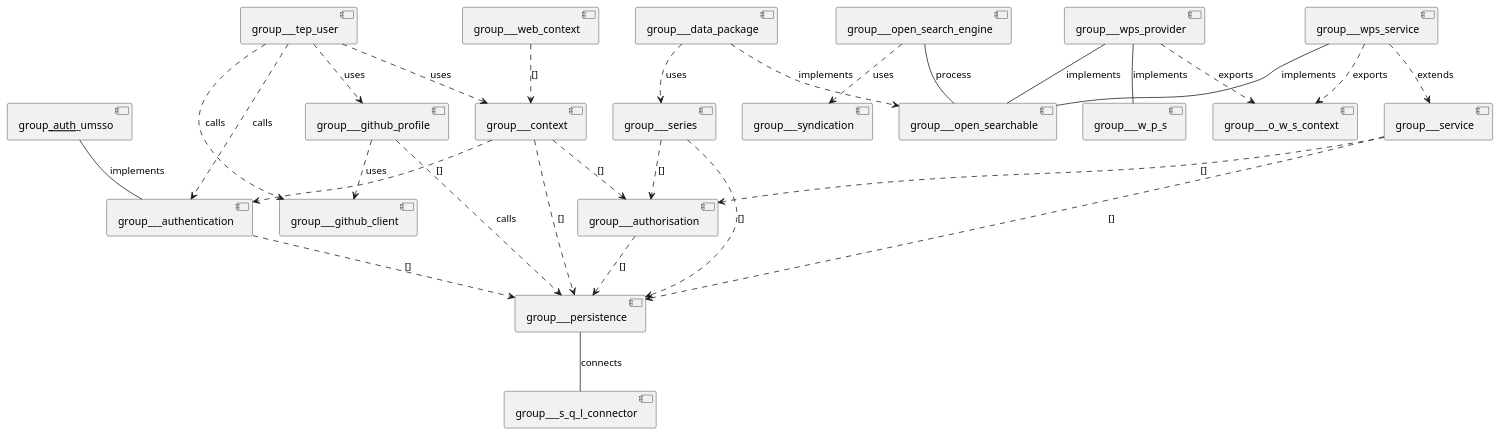
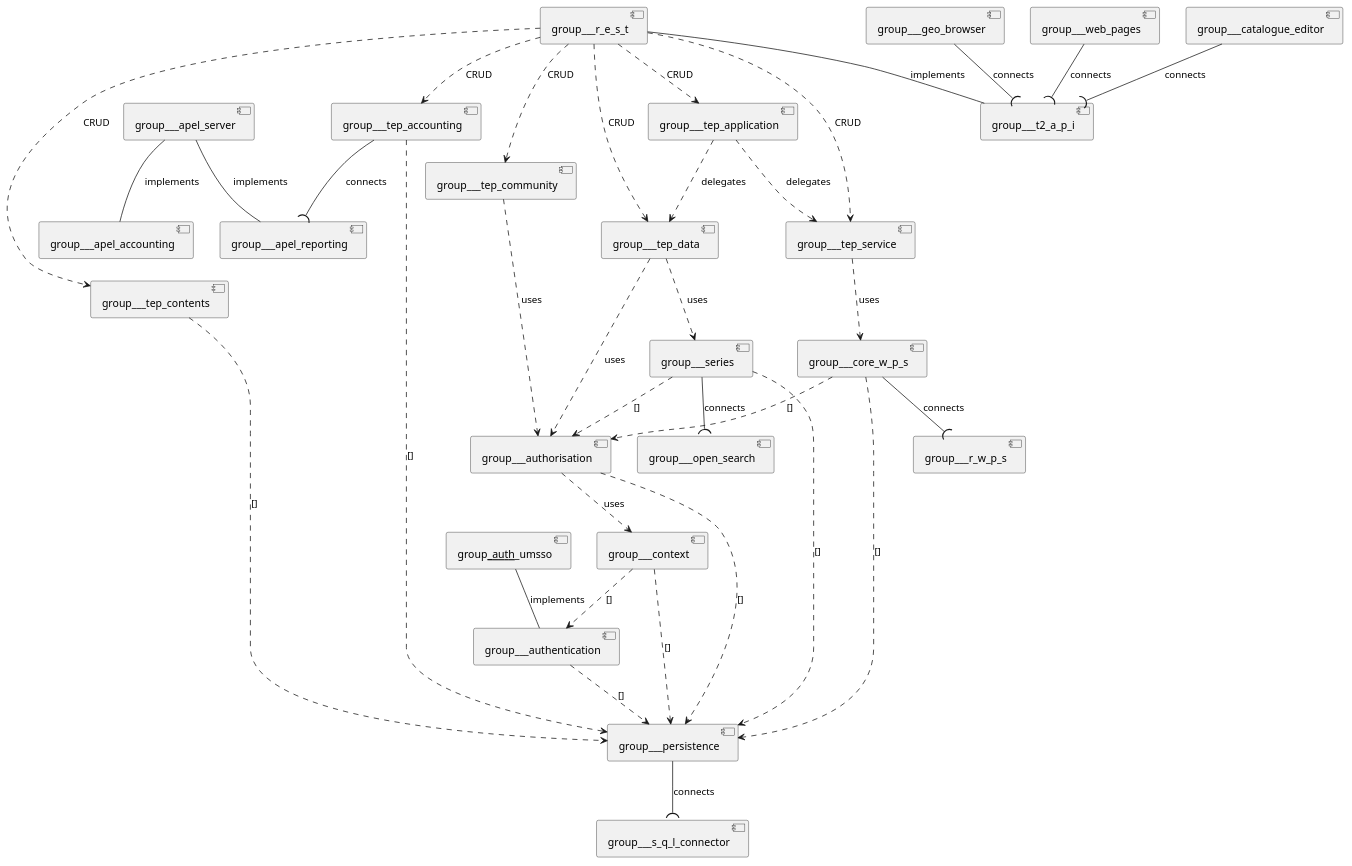
The diagram in source/groups/group_relations.iuml (urban-tep/DDF-SDD), drawn with PlantUML before and after one commit. The commit also changed 87 other files, not shown here.

```diff
--- a/source/groups/group_relations.iuml
+++ b/source/groups/group_relations.iuml
@@ -1,30 +1,36 @@
 @startuml
+[group___apel_server]  --  [group___apel_accounting] : implements
+[group___apel_server]  --  [group___apel_reporting] : implements
 [group___auth___umsso]  --  [group___authentication] : implements
 [group___authentication]  ..>  [group___persistence] : []
 [group___authorisation]  ..>  [group___persistence] : []
+[group___authorisation]  ..>  [group___context] : uses
+[group___catalogue_editor]  --(  [group___t2_a_p_i] : connects
 [group___context]  ..>  [group___persistence] : []
-[group___context]  ..>  [group___authorisation] : []
 [group___context]  ..>  [group___authentication] : []
-[group___data_package]  ..>  [group___series] : uses
-[group___data_package]  ..>  [group___open_searchable] : implements
-[group___github_profile]  ..>  [group___persistence] : calls
-[group___github_profile]  ..>  [group___github_client] : uses
-[group___open_search_engine]  --  [group___open_searchable] : process
-[group___open_search_engine]  ..>  [group___syndication] : uses
-[group___persistence]  --  [group___s_q_l_connector] : connects
+[group___core_w_p_s]  ..>  [group___persistence] : []
+[group___core_w_p_s]  ..>  [group___authorisation] : []
+[group___core_w_p_s]  --(  [group___r_w_p_s] : connects
+[group___geo_browser]  --(  [group___t2_a_p_i] : connects
+[group___persistence]  --(  [group___s_q_l_connector] : connects
+[group___r_e_s_t]  ..>  [group___tep_accounting] : CRUD
+[group___r_e_s_t]  ..>  [group___tep_application] : CRUD
+[group___r_e_s_t]  ..>  [group___tep_community] : CRUD
+[group___r_e_s_t]  ..>  [group___tep_contents] : CRUD
+[group___r_e_s_t]  ..>  [group___tep_data] : CRUD
+[group___r_e_s_t]  ..>  [group___tep_service] : CRUD
+[group___r_e_s_t]  --  [group___t2_a_p_i] : implements
+[group___series]  --(  [group___open_search] : connects
 [group___series]  ..>  [group___persistence] : []
 [group___series]  ..>  [group___authorisation] : []
-[group___service]  ..>  [group___persistence] : []
-[group___service]  ..>  [group___authorisation] : []
-[group___tep_user]  ..>  [group___context] : uses
-[group___tep_user]  ..>  [group___github_profile] : uses
-[group___tep_user]  ..>  [group___authentication] : calls
-[group___tep_user]  ..>  [group___github_client] : calls
-[group___web_context]  ..>  [group___context] : []
-[group___wps_provider]  ..>  [group___o_w_s_context] : exports
-[group___wps_provider]  --  [group___open_searchable] : implements
-[group___wps_provider]  --  [group___w_p_s] : implements
-[group___wps_service]  ..>  [group___service] : extends
-[group___wps_service]  ..>  [group___o_w_s_context] : exports
-[group___wps_service]  --  [group___open_searchable] : implements
+[group___tep_accounting]  --(  [group___apel_reporting] : connects
+[group___tep_accounting]  ..>  [group___persistence] : []
+[group___tep_application]  ..>  [group___tep_data] : delegates
+[group___tep_application]  ..>  [group___tep_service] : delegates
+[group___tep_community]  ..>  [group___authorisation] : uses
+[group___tep_contents]  ..>  [group___persistence] : []
+[group___tep_data]  ..>  [group___authorisation] : uses
+[group___tep_data]  ..>  [group___series] : uses
+[group___tep_service]  ..>  [group___core_w_p_s] : uses
+[group___web_pages]  --(  [group___t2_a_p_i] : connects
 @enduml
```
